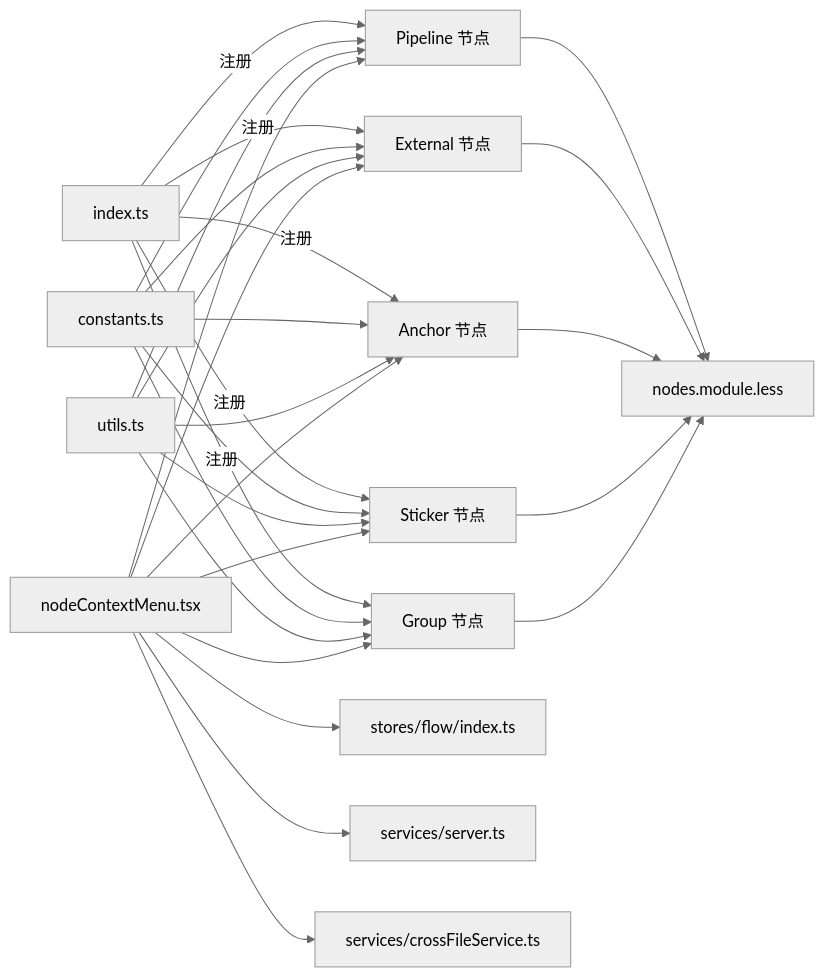
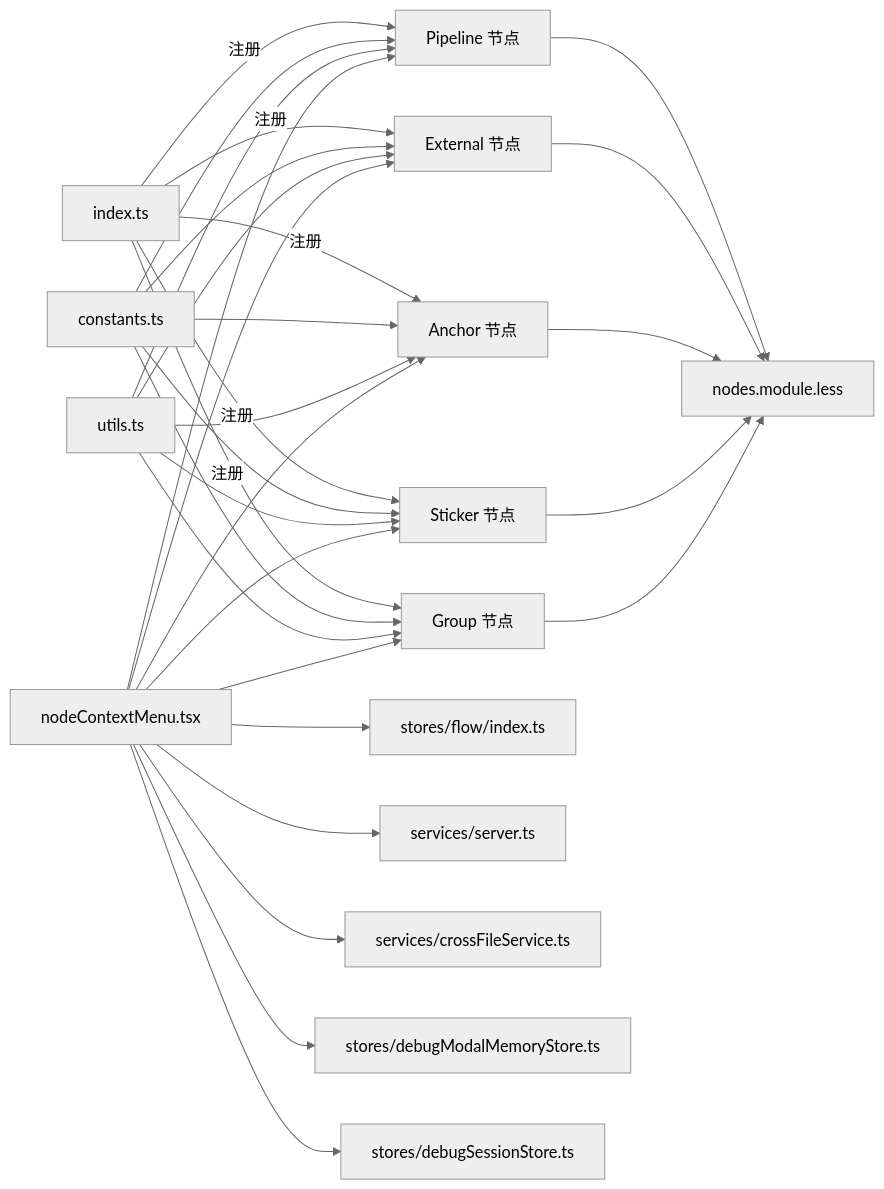
The seventh of 7 diagrams in .qoder/repowiki/zh/content/可视化编辑器/节点系统/节点系统.md (kqcoxn/MaaPipelineEditor), drawn with Mermaid (neutral theme) before and after one commit. The commit also changed other lines of this file and 19 other files, not shown here.

````diff
--- a/.qoder/repowiki/zh/content/可视化编辑器/节点系统/节点系统.md
+++ b/.qoder/repowiki/zh/content/可视化编辑器/节点系统/节点系统.md
@@ -310,31 +332,33 @@
 ```mermaid
 graph LR
 IDX["index.ts"] --> |注册| PIPE["Pipeline 节点"]
 IDX --> |注册| EXT["External 节点"]
 IDX --> |注册| ANCHOR["Anchor 节点"]
 IDX --> |注册| STICKER["Sticker 节点"]
 IDX --> |注册| GROUP["Group 节点"]
 CONST["constants.ts"] --> PIPE
 CONST --> EXT
 CONST --> ANCHOR
 CONST --> STICKER
 CONST --> GROUP
 UTILS["utils.ts"] --> PIPE
 UTILS --> EXT
 UTILS --> ANCHOR
 UTILS --> STICKER
 UTILS --> GROUP
 CMENU["nodeContextMenu.tsx"] --> PIPE
 CMENU --> EXT
 CMENU --> ANCHOR
 CMENU --> STICKER
 CMENU --> GROUP
 CMENU --> FLOWSTORE["stores/flow/index.ts"]
 CMENU --> SERVER["services/server.ts"]
 CMENU --> CROSS["services/crossFileService.ts"]
+CMENU --> DEBUGMEM["stores/debugModalMemoryStore.ts"]
+CMENU --> DEBUGSESS["stores/debugSessionStore.ts"]
 PIPE --> STYLE["nodes.module.less"]
 EXT --> STYLE
 ANCHOR --> STYLE
 STICKER --> STYLE
 GROUP --> STYLE
 ```
````
